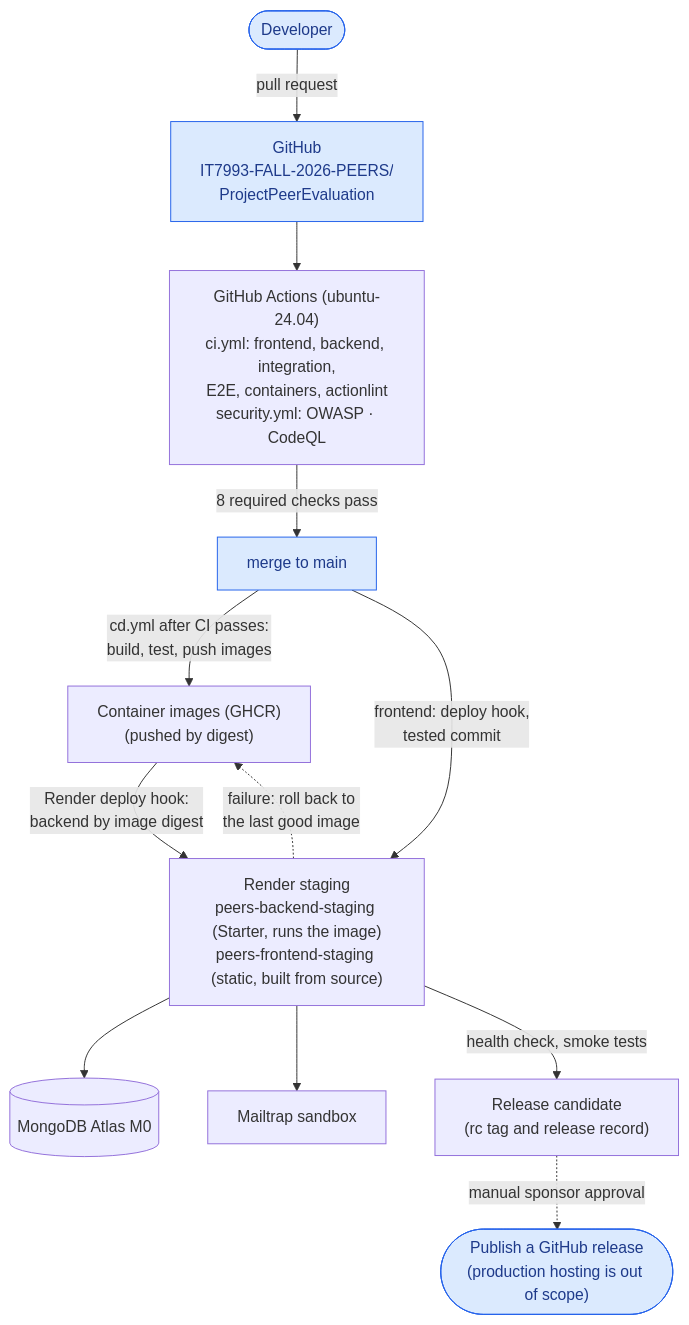
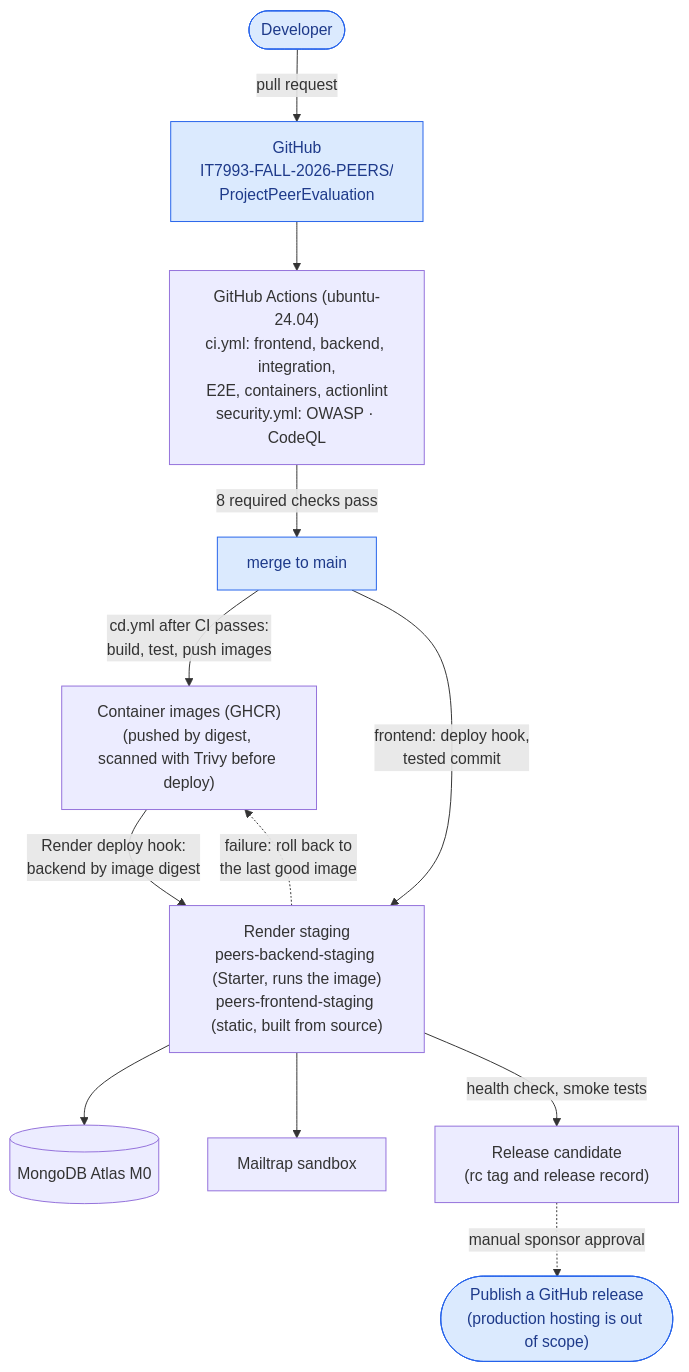
One commit to IT7993-FALL-2026-PEERS/ProjectPeerEvaluation changed the fifth of 5 diagrams in docs/architecture/system-architecture.md. Above: the diagram before and after it, drawn with Mermaid. The commit also changed other lines of this file and 11 other files, not shown here.

````diff
--- a/docs/architecture/system-architecture.md
+++ b/docs/architecture/system-architecture.md
@@ -230,17 +230,17 @@
 ```mermaid
 flowchart TB
     DEV(["Developer"]) -->|pull request| GH["GitHub<br/>IT7993-FALL-2026-PEERS/<br/>ProjectPeerEvaluation"]
     GH --> CI["GitHub Actions (ubuntu-24.04)<br/>ci.yml: frontend, backend, integration,<br/>E2E, containers, actionlint<br/>security.yml: OWASP · CodeQL"]
     CI -->|"8 required checks pass"| MAIN["merge to main"]
-    MAIN -->|"cd.yml after CI passes:<br/>build, test, push images"| IMG["Container images (GHCR)<br/>(pushed by digest)"]
+    MAIN -->|"cd.yml after CI passes:<br/>build, test, push images"| IMG["Container images (GHCR)<br/>(pushed by digest, scanned with Trivy before deploy)"]
     IMG -->|"Render deploy hook:<br/>backend by image digest"| STG["Render staging<br/>peers-backend-staging (Starter, runs the image)<br/>peers-frontend-staging (static, built from source)"]
     MAIN -->|"frontend: deploy hook,<br/>tested commit"| STG
     STG --> ATLAS[("MongoDB Atlas M0")]
     STG --> MT["Mailtrap sandbox"]
     STG -->|"health check, smoke tests"| RC["Release candidate<br/>(rc tag and release record)"]
     STG -. "failure: roll back to<br/>the last good image" .-> IMG
     RC -. "manual sponsor approval" .-> PROD(["Publish a GitHub release<br/>(production hosting is out of scope)"])
 
     classDef ep fill:#dbeafe,stroke:#2563eb,color:#1e3a8a
     class DEV,GH,MAIN,PROD ep
 ```
````
